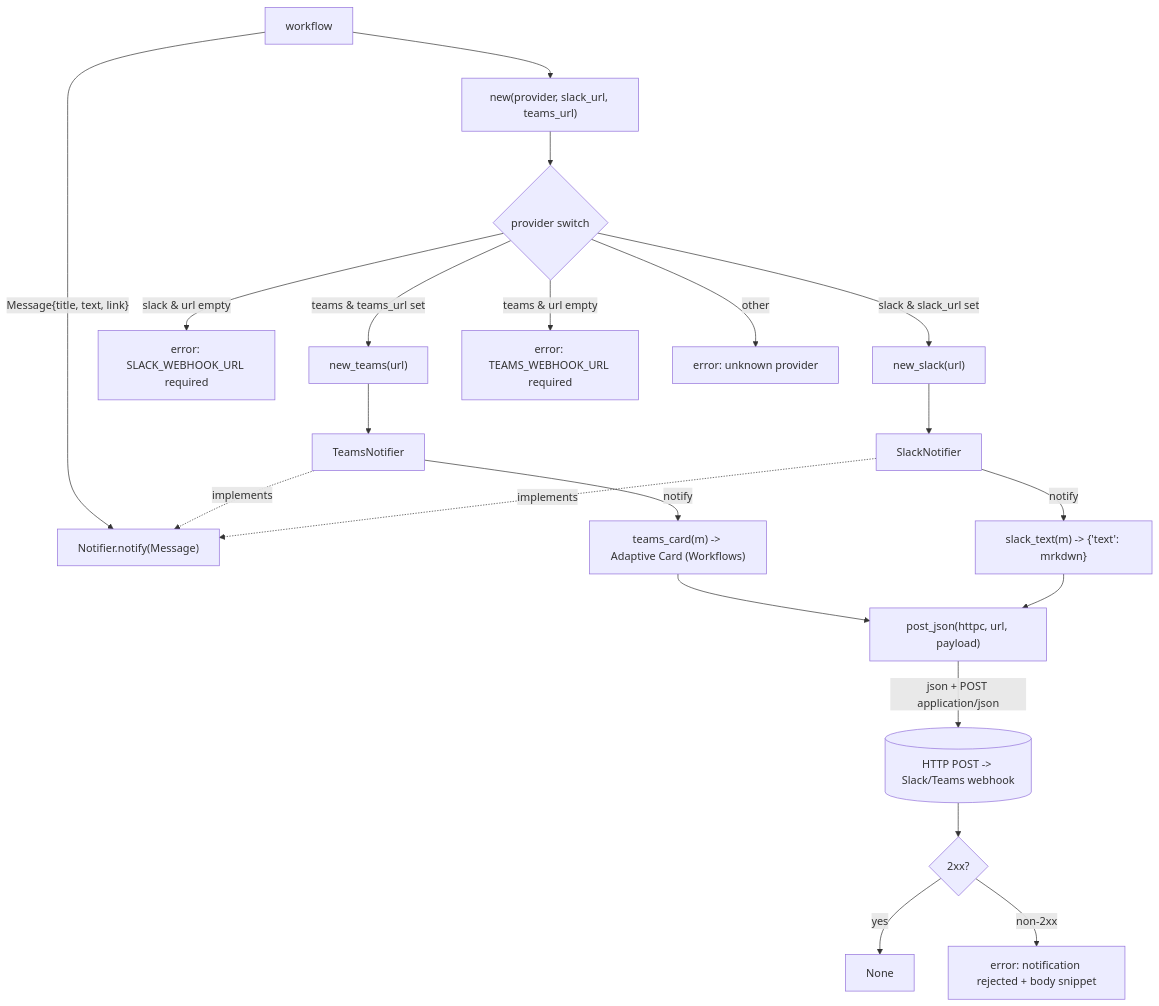
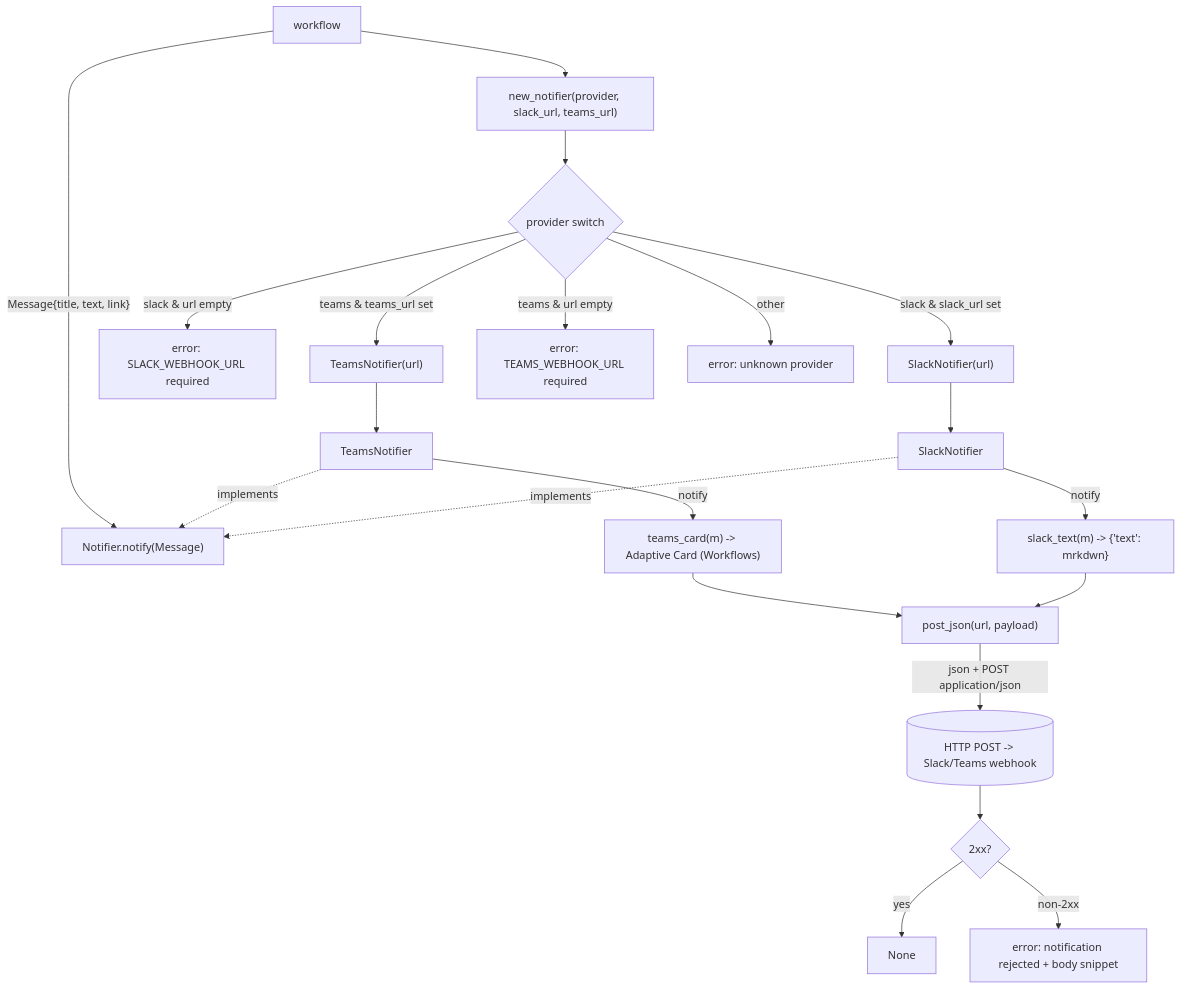
Before and after one commit to jkjamies/automation-agent: the diagram in python/automation_agent/notify/AGENTS.md, drawn with Mermaid. The commit also changed other lines of this file and 54 other files, not shown here.

````diff
--- a/python/automation_agent/notify/AGENTS.md
+++ b/python/automation_agent/notify/AGENTS.md
@@ -8,25 +8,25 @@
 ```mermaid
 flowchart TD
-    Caller[workflow] --> NEW["new(provider, slack_url, teams_url)"]
+    Caller[workflow] --> NEW["new_notifier(provider, slack_url, teams_url)"]
     NEW --> SW{provider switch}
-    SW -->|"slack & slack_url set"| NS["new_slack(url)"]
+    SW -->|"slack & slack_url set"| NS["SlackNotifier(url)"]
     SW -->|"slack & url empty"| ES[error: SLACK_WEBHOOK_URL required]
-    SW -->|"teams & teams_url set"| NT["new_teams(url)"]
+    SW -->|"teams & teams_url set"| NT["TeamsNotifier(url)"]
     SW -->|"teams & url empty"| ET[error: TEAMS_WEBHOOK_URL required]
     SW -->|other| EU[error: unknown provider]
 
     NS --> SN[SlackNotifier]
     NT --> TN[TeamsNotifier]
     SN -.implements.-> IF["Notifier.notify(Message)"]
     TN -.implements.-> IF
 
     Caller -->|"Message{title, text, link}"| IF
     SN -->|"notify"| SR["slack_text(m) -> {'text': mrkdwn}"]
     TN -->|"notify"| TR["teams_card(m) -> Adaptive Card (Workflows)"]
-    SR --> PJ["post_json(httpc, url, payload)"]
+    SR --> PJ["post_json(url, payload)"]
     TR --> PJ
     PJ -->|"json + POST application/json"| HTTP[(HTTP POST -> Slack/Teams webhook)]
     HTTP --> RESP{2xx?}
     RESP -->|yes| OK[None]
     RESP -->|non-2xx| ERR[error: notification rejected + body snippet]
 ```
````
